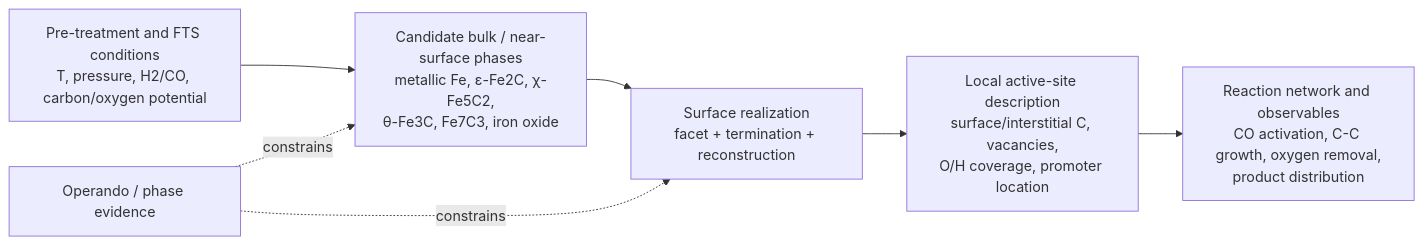
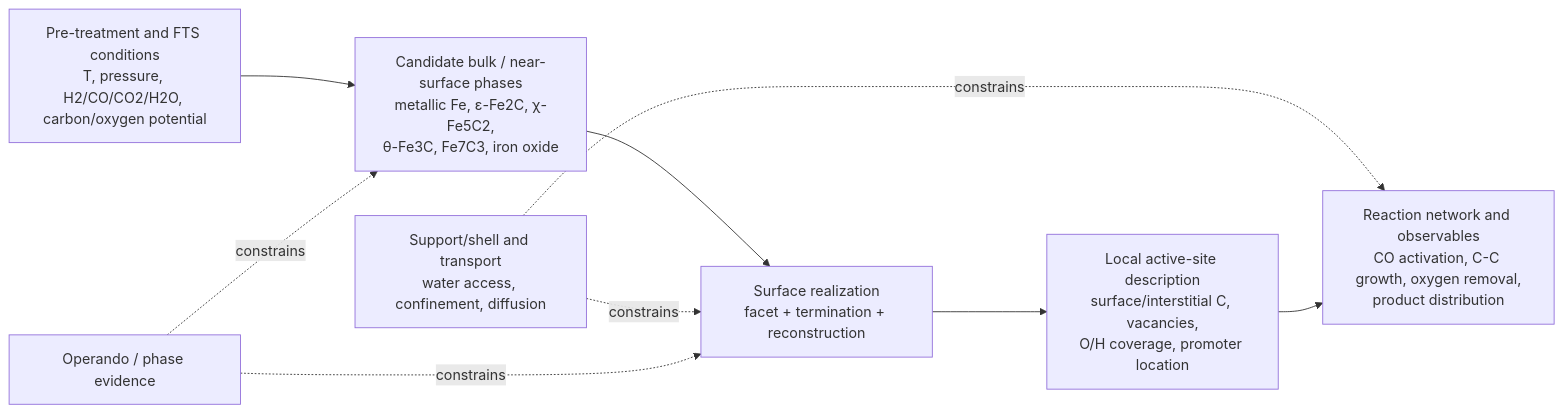
Before and after one commit to q2214299493/sbq123: the first of 3 diagrams in skills/catalysis-data-retrieval/references/iron-fts-computational-methodology.md, drawn with Mermaid. The commit also changed other lines of this file, not shown here.

````diff
--- a/skills/catalysis-data-retrieval/references/iron-fts-computational-methodology.md
+++ b/skills/catalysis-data-retrieval/references/iron-fts-computational-methodology.md
@@ -106,10 +131,12 @@
 ```mermaid
 flowchart LR
-    C[Pre-treatment and FTS conditions<br/>T, pressure, H2/CO, carbon/oxygen potential]
+    C[Pre-treatment and FTS conditions<br/>T, pressure, H2/CO/CO2/H2O, carbon/oxygen potential]
     C --> P[Candidate bulk / near-surface phases<br/>metallic Fe, ε-Fe2C, χ-Fe5C2,<br/>θ-Fe3C, Fe7C3, iron oxide]
     P --> S[Surface realization<br/>facet + termination + reconstruction]
     S --> D[Local active-site description<br/>surface/interstitial C, vacancies,<br/>O/H coverage, promoter location]
+    U[Support/shell and transport<br/>water access, confinement, diffusion] -. constrains .-> S
+    U -. constrains .-> R
     D --> R[Reaction network and observables<br/>CO activation, C-C growth, oxygen removal,<br/>product distribution]
     X[Operando / phase evidence] -. constrains .-> P
     X -. constrains .-> S
 ```
````
